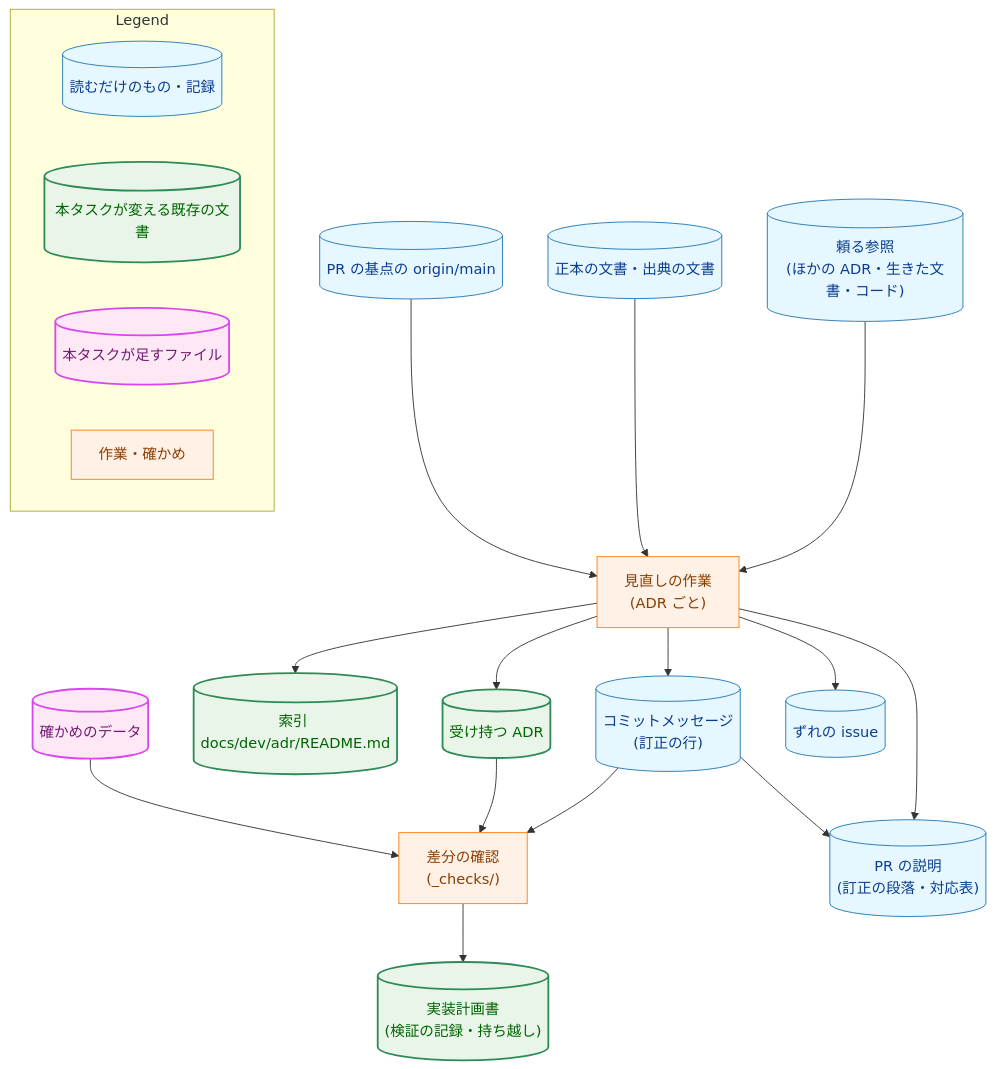
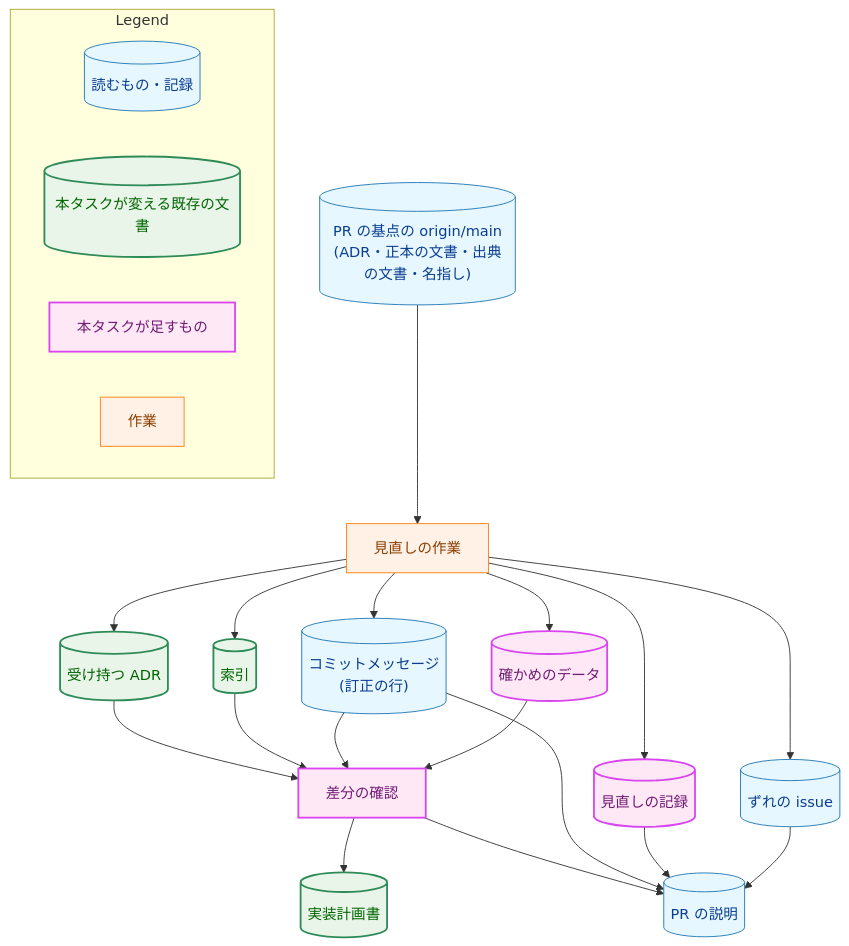
The second of 5 diagrams in docs/tasks/0073_adr_context_decision_review/02_architecture.md (isseis/yt2column), drawn with Mermaid before and after one commit. The commit also changed other lines of this file, not shown here.

First line of the commit message:
docs(0073): address review findings on the architecture

````diff
--- a/docs/tasks/0073_adr_context_decision_review/02_architecture.md
+++ b/docs/tasks/0073_adr_context_decision_review/02_architecture.md
@@ -120,50 +130,52 @@
 ```mermaid
 flowchart TD
     classDef data fill:#e6f7ff,stroke:#1f77b4,stroke-width:1px,color:#0b3d91;
     classDef process fill:#fff1e6,stroke:#ff7f0e,stroke-width:1px,color:#8a3e00;
     classDef enhanced fill:#e8f5e8,stroke:#2e8b57,stroke-width:2px,color:#006400;
     classDef newpkg fill:#ffe8f5,stroke:#d946ef,stroke-width:2px,color:#701a75;
 
-    BASE[("PR の基点の origin/main")]
-    SRC[("正本の文書・出典の文書")]
-    REF[("頼る参照<br>(ほかの ADR・生きた文書・コード)")]
-    REV["見直しの作業<br>(ADR ごと)"]
+    BASE[("PR の基点の origin/main<br>(ADR・正本の文書・出典の文書・名指し)")]
+    REV["見直しの作業"]
     ADR[("受け持つ ADR")]
-    IDX[("索引 docs/dev/adr/README.md")]
+    IDX[("索引")]
     CMT[("コミットメッセージ<br>(訂正の行)")]
+    REC[("見直しの記録")]
+    ISS[("ずれの issue")]
     DATA[("確かめのデータ")]
-    CHK["差分の確認<br>(_checks/)"]
-    PRD[("PR の説明<br>(訂正の段落・対応表)")]
-    PLAN[("実装計画書<br>(検証の記録・持ち越し)")]
-    ISS[("ずれの issue")]
+    CHK["差分の確認"]
+    PRD[("PR の説明")]
+    PLAN[("実装計画書")]
 
     BASE --> REV
-    SRC --> REV
-    REF --> REV
     REV --> ADR
     REV --> IDX
     REV --> CMT
+    REV --> REC
     REV --> ISS
+    REV --> DATA
+    ADR --> CHK
+    IDX --> CHK
+    CMT --> CHK
     DATA --> CHK
-    ADR --> CHK
-    CMT --> CHK
     CHK --> PLAN
+    CHK --> PRD
     CMT --> PRD
-    REV --> PRD
+    REC --> PRD
+    ISS --> PRD
 
-    class BASE,SRC,REF,CMT,PRD,ISS data
+    class BASE,CMT,PRD,ISS data
     class ADR,IDX,PLAN enhanced
-    class DATA newpkg
-    class REV,CHK process
+    class DATA,REC,CHK newpkg
+    class REV process
 
     subgraph Legend["Legend"]
-        L1[("読むだけのもの・記録")]
+        L1[("読むもの・記録")]
         L2[("本タスクが変える既存の文書")]
-        L3[("本タスクが足すファイル")]
-        L4["作業・確かめ"]
+        L3["本タスクが足すもの"]
+        L4["作業"]
     end
     class L1 data
     class L2 enhanced
     class L3 newpkg
     class L4 process
 ```
````
